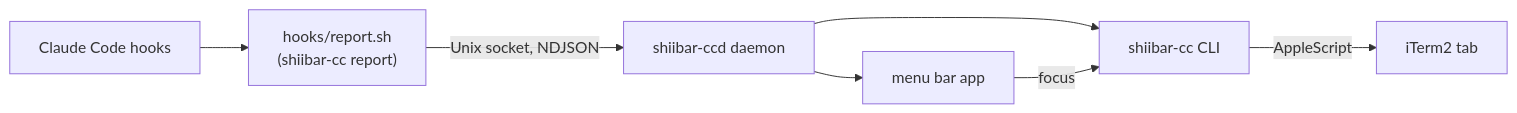
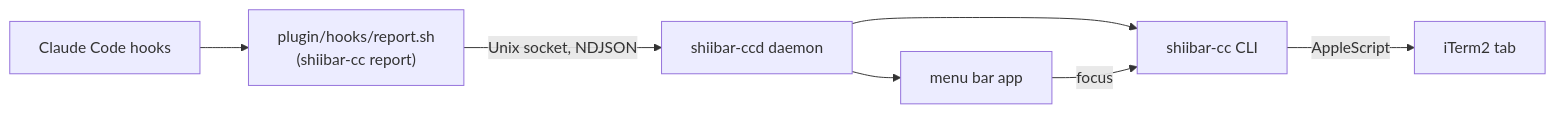
One commit to bufferings/shiibar-cc changed the diagram in README.md. Above: the diagram before and after it, drawn with Mermaid. The commit also changed other lines of this file and 11 other files, not shown here.

First line of the commit message:
Distribute hooks as a Claude Code plugin; fold --purge into uninstall

````diff
--- a/README.md
+++ b/README.md
@@ -99,9 +105,9 @@
 ```mermaid
 flowchart LR
-    hooks[Claude Code hooks] --> report["hooks/report.sh<br>(shiibar-cc report)"]
+    hooks[Claude Code hooks] --> report["plugin/hooks/report.sh<br>(shiibar-cc report)"]
     report -- "Unix socket, NDJSON" --> daemon[shiibar-ccd daemon]
     daemon --> app[menu bar app]
     daemon --> cli[shiibar-cc CLI]
     app -- "focus" --> cli
     cli -- "AppleScript" --> iterm[iTerm2 tab]
 ```
````
